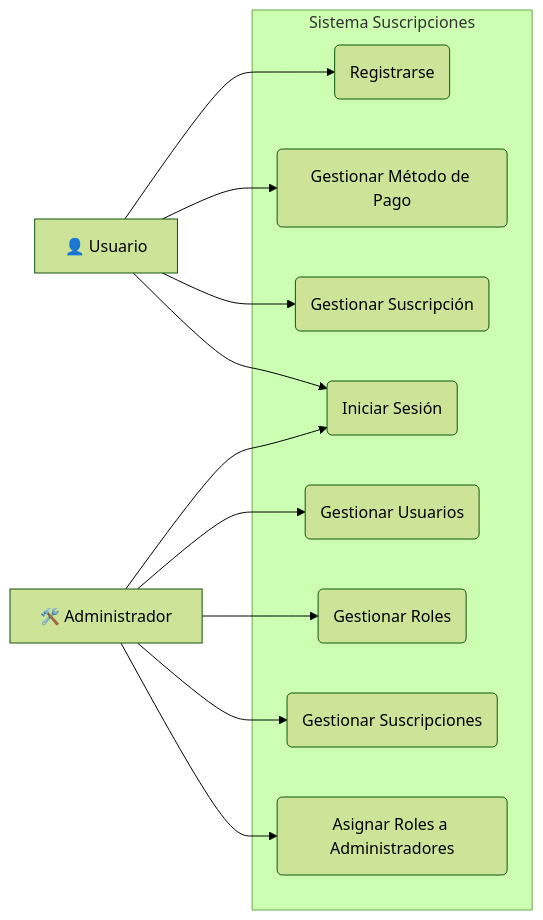
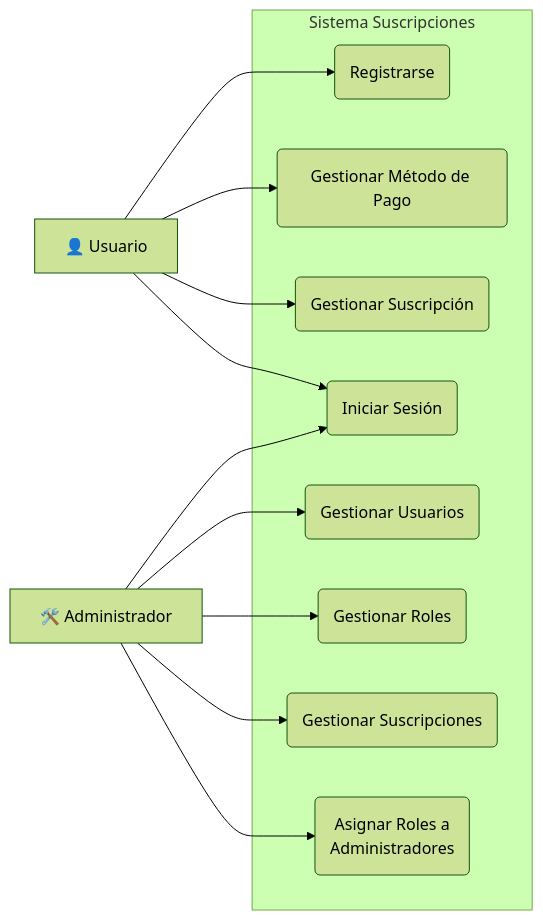
Before and after one commit to ComfyPenguin/Bloste-Docs: the second of 2 diagrams in docs/pasarela-pagos.md, drawn with Mermaid (forest theme).

Commit message:
arreglado diagrama CUs pasarela-pagos

````diff
--- a/docs/pasarela-pagos.md
+++ b/docs/pasarela-pagos.md
@@ -62,27 +62,28 @@
 ```mermaid
 flowchart LR
 
     Usuario[👤 Usuario]
     Admin[🛠️ Administrador]
     subgraph Sistema Suscripciones
         UC1(Registrarse)
         UC2(Gestionar Método de Pago)
         UC3(Gestionar Suscripción)
         UC4(Iniciar Sesión)
         UC5(Gestionar Usuarios)
         UC6(Gestionar Roles)
         UC7(Gestionar Suscripciones)
-        UC8(Asignar Roles a Administradores)
+        UC8(Asignar Roles a 
+        Administradores)
     end
 
     Usuario --> UC1
     Usuario --> UC2
     Usuario --> UC3
     Usuario --> UC4
 
     Admin --> UC4
     Admin --> UC5
     Admin --> UC6
     Admin --> UC7
     Admin --> UC8
 ```
````
